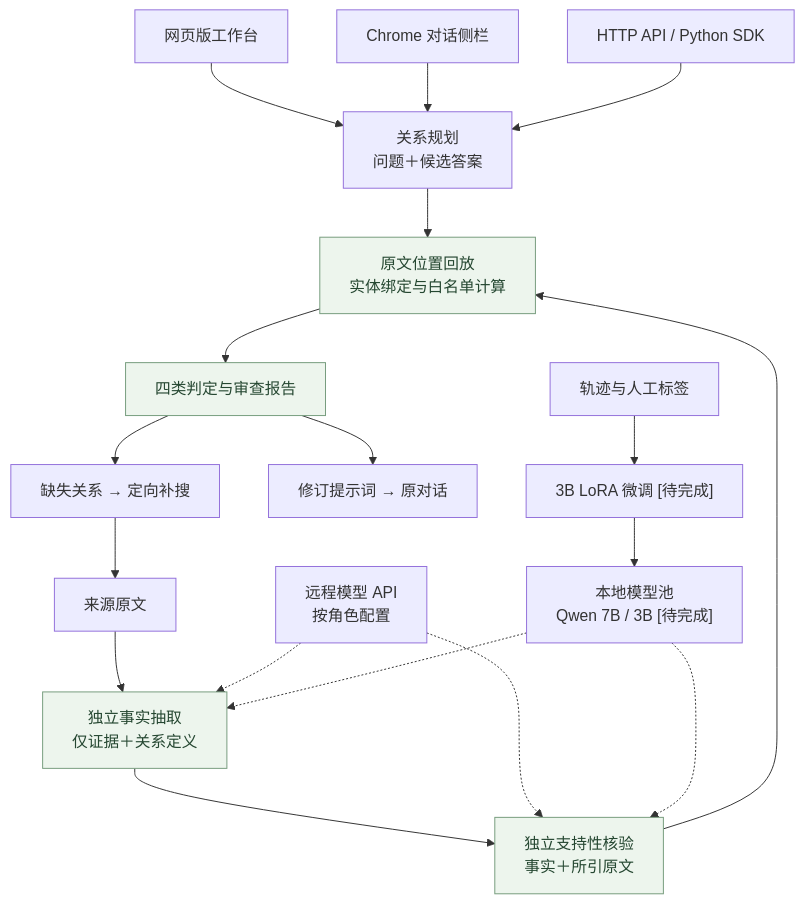
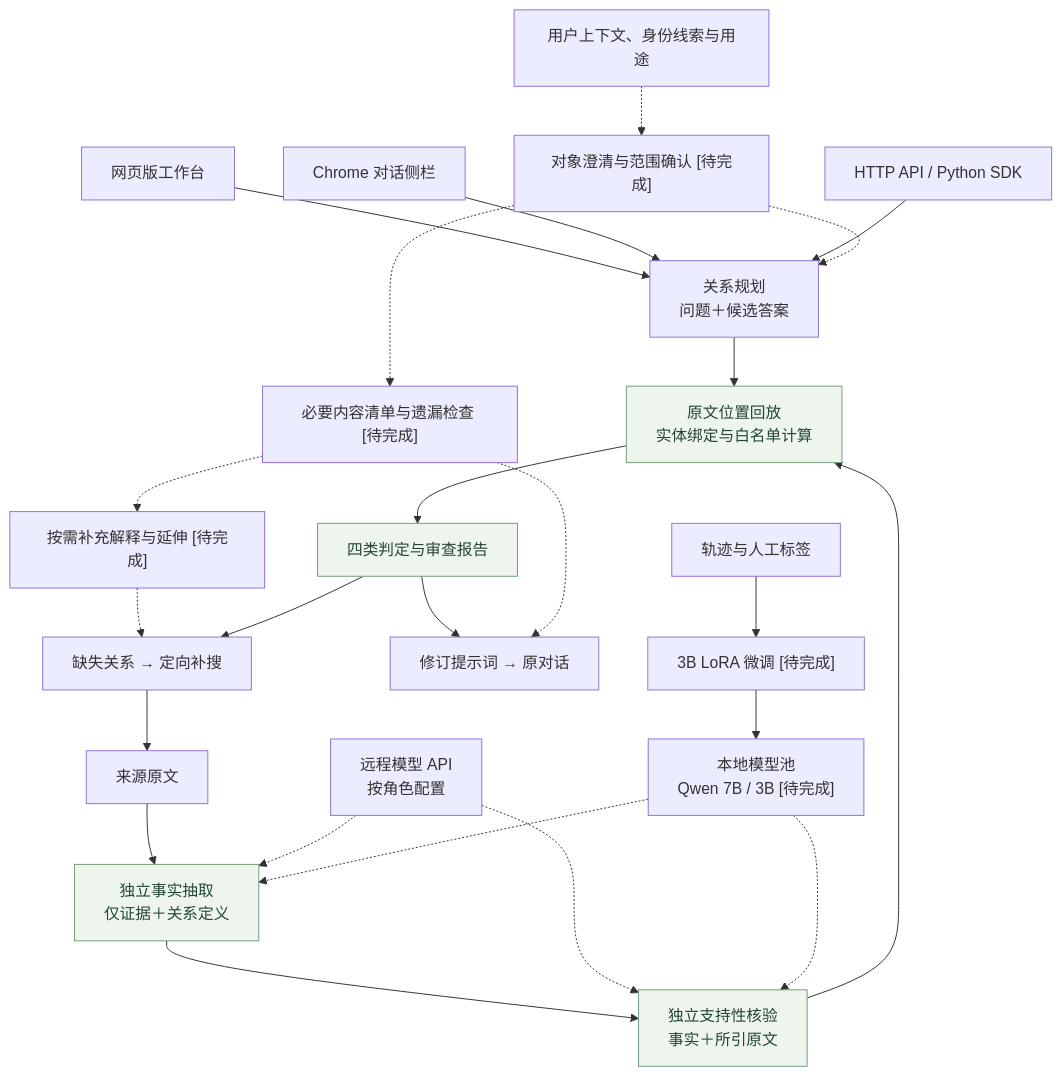
Before and after one commit to Gump111458785/evidence-verifier: the third of 3 diagrams in README.md, drawn with Mermaid. The commit also changed other lines of this file and 4 other files, not shown here.

````diff
--- a/README.md
+++ b/README.md
@@ -141,22 +151,28 @@
 ```mermaid
 flowchart TB
     Web["网页版工作台"] --> Plan["关系规划<br>问题＋候选答案"]
     Plugin["Chrome 对话侧栏"] --> Plan
     SDK["HTTP API / Python SDK"] --> Plan
+    Context["用户上下文、身份线索与用途"] -.-> Scope["对象澄清与范围确认 [待完成]"]
+    Scope -.-> Plan
+    Scope -.-> Cover["必要内容清单与遗漏检查 [待完成]"]
+    Cover -.-> Add["按需补充解释与延伸 [待完成]"]
+    Add -.-> Gap
     Sources["来源原文"] --> Extract["独立事实抽取<br>仅证据＋关系定义"]
     Extract --> Verify["独立支持性核验<br>事实＋所引原文"]
     Verify --> Bind["原文位置回放<br>实体绑定与白名单计算"]
     Plan --> Bind
     Bind --> Report["四类判定与审查报告"]
     Report --> Gap["缺失关系 → 定向补搜"]
     Gap --> Sources
     Report --> Prompt["修订提示词 → 原对话"]
+    Cover -.-> Prompt
     API["远程模型 API<br>按角色配置"] -.-> Extract
     API -.-> Verify
     Pool["本地模型池<br>Qwen 7B / 3B [待完成]"] -.-> Extract
     Pool -.-> Verify
     Data["轨迹与人工标签"] --> Tune["3B LoRA 微调 [待完成]"]
     Tune --> Pool
     classDef core fill:#edf5ed,stroke:#769c7d,color:#254731;
     class Extract,Verify,Bind,Report core;
 ```
````
